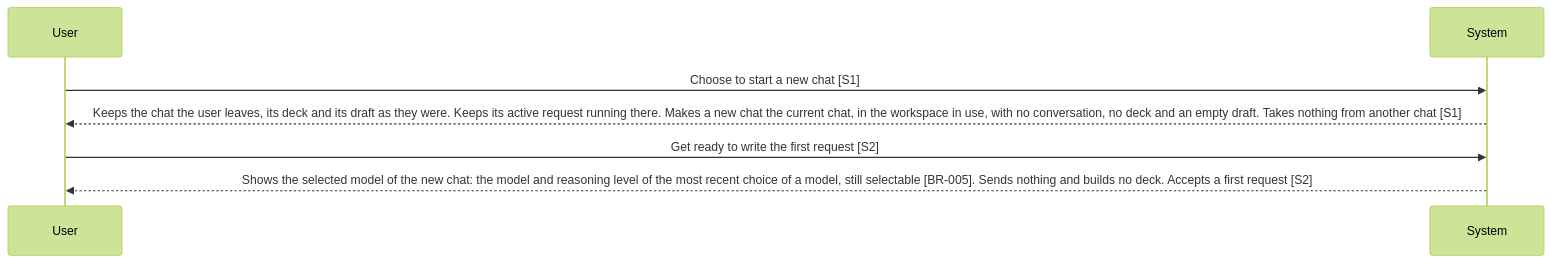
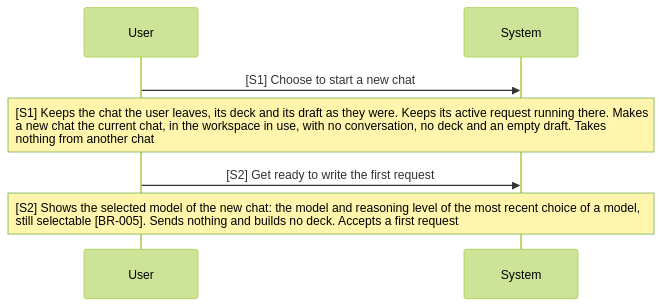
Before and after one commit to Luke23127006/DeckAgent: the diagram in dev/mvp/spec/02-use-cases/UC-012.md, drawn with Mermaid (forest theme). The commit also changed other lines of this file and 21 other files, not shown here.

First line of the commit message:
docs(spec): make the use case diagram the source of step text

````diff
--- a/dev/mvp/spec/02-use-cases/UC-012.md
+++ b/dev/mvp/spec/02-use-cases/UC-012.md
@@ -15,9 +12,10 @@
 ```mermaid
+%%{init: {"fontFamily": "inherit", "sequence": {"wrap": true, "actorMargin": 350, "messageFontSize": 14, "noteFontSize": 14, "actorFontSize": 14, "noteAlign": "left"}}}%%
 sequenceDiagram
   participant U as User
   participant S as System
-  U->>S: Choose to start a new chat [S1]
-  S-->>U: Keeps the chat the user leaves, its deck and its draft as they were. Keeps its active request running there. Makes a new chat the current chat, in the workspace in use, with no conversation, no deck and an empty draft. Takes nothing from another chat [S1]
-  U->>S: Get ready to write the first request [S2]
-  S-->>U: Shows the selected model of the new chat: the model and reasoning level of the most recent choice of a model, still selectable [BR-005]. Sends nothing and builds no deck. Accepts a first request [S2]
+  U->>S: [S1] Choose to start a new chat
+  Note over U,S: [S1] Keeps the chat the user leaves, its deck and its draft as they were. Keeps its active request running there. Makes a new chat the current chat, in the workspace in use, with no conversation, no deck and an empty draft. Takes nothing from another chat
+  U->>S: [S2] Get ready to write the first request
+  Note over U,S: [S2] Shows the selected model of the new chat: the model and reasoning level of the most recent choice of a model, still selectable [BR-005]. Sends nothing and builds no deck. Accepts a first request
 ```
````
